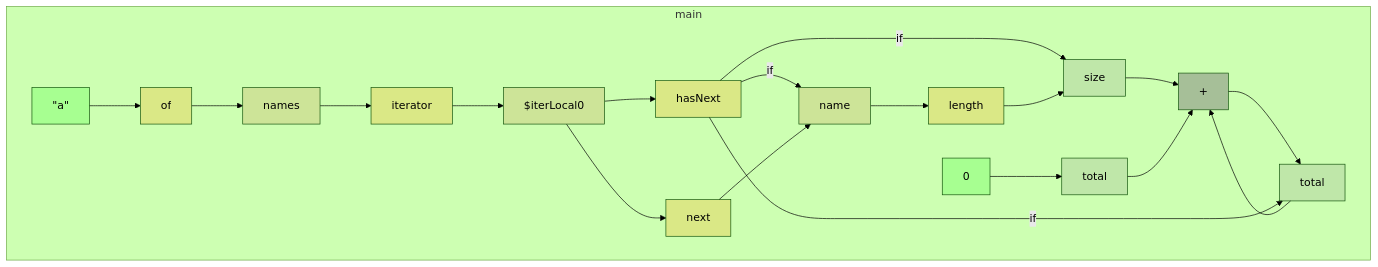
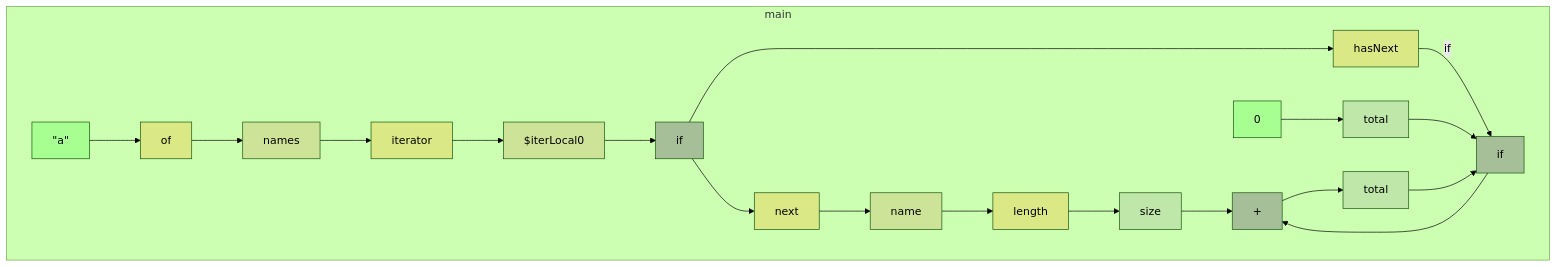
The diagram in app/src/test/resources/enhancedFor/spike-truth.md (gstiebler/codeflow), drawn with Mermaid (forest theme) before and after one commit. The commit also changed 17 other files, not shown here.

````diff
--- a/app/src/test/resources/enhancedFor/spike-truth.md
+++ b/app/src/test/resources/enhancedFor/spike-truth.md
@@ -3,43 +3,45 @@
 ```mermaid
 flowchart TD
   subgraph m0["main"]
     n0["+"]:::BIN_OP
     n1["hasNext"]:::EXTERNAL
     n2["iterator"]:::EXTERNAL
     n3["length"]:::EXTERNAL
     n4["next"]:::EXTERNAL
     n5["of"]:::EXTERNAL
-    n6["#quot;a#quot;"]:::LITERAL
-    n7["0"]:::LITERAL
-    n8["$iterLocal0"]:::OBJ_VARIABLE
-    n9["names"]:::OBJ_VARIABLE
-    n10["name"]:::OBJ_VARIABLE
-    n11["size"]:::VARIABLE
-    n12["total"]:::VARIABLE
-    n13["total"]:::VARIABLE
+    n6["if"]:::BIN_OP
+    n7["if"]:::BIN_OP
+    n8["#quot;a#quot;"]:::LITERAL
+    n9["0"]:::LITERAL
+    n10["$iterLocal0"]:::OBJ_VARIABLE
+    n11["names"]:::OBJ_VARIABLE
+    n12["name"]:::OBJ_VARIABLE
+    n13["size"]:::VARIABLE
+    n14["total"]:::VARIABLE
+    n15["total"]:::VARIABLE
   end
-  n0 --> n12
-  n1 -->|if| n10
-  n1 -->|if| n11
-  n1 -->|if| n12
-  n10 --> n3
-  n11 --> n0
-  n12 --> n0
+  n0 --> n14
+  n1 -->|if| n6
+  n10 --> n7
+  n11 --> n2
+  n12 --> n3
   n13 --> n0
-  n2 --> n8
-  n3 --> n11
-  n4 --> n10
-  n5 --> n9
-  n6 --> n5
-  n7 --> n13
-  n8 --> n1
-  n8 --> n4
-  n9 --> n2
+  n14 --> n6
+  n15 --> n6
+  n2 --> n10
+  n3 --> n13
+  n4 --> n12
+  n5 --> n11
+  n6 --> n0
+  n7 --> n1
+  n7 --> n4
+  n8 --> n5
+  n9 --> n15
   classDef LITERAL fill:#00FF0030
   classDef VARIABLE fill:#80808030
   classDef BIN_OP fill:#80808080
   classDef FUNC_PARAM fill:#8080FF30
   classDef RETURN fill:#FF808080
   classDef EXTERNAL fill:#FFA50040
   classDef UNMODELLED fill:#FF000030,stroke-dasharray: 4 2
 ```
````
